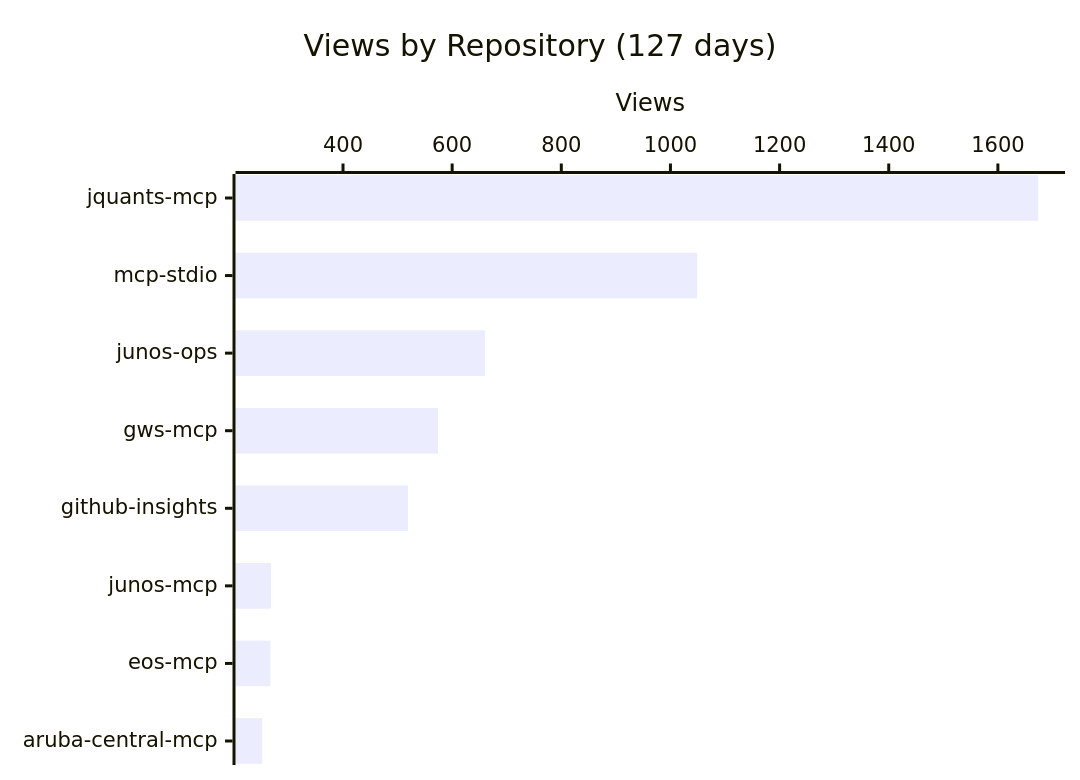
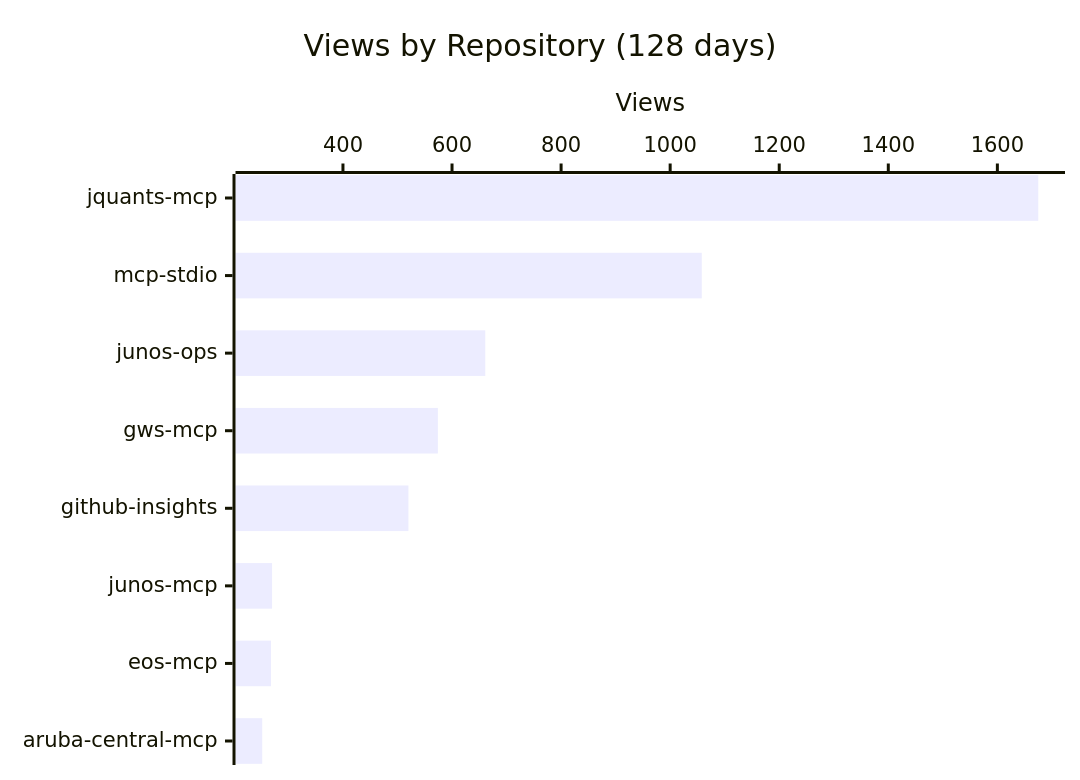
The first of 4 diagrams in README.md (shigechika/github-insights), drawn with Mermaid before and after one commit. The commit also changed other lines of this file and 2 other files, not shown here.

````diff
--- a/README.md
+++ b/README.md
@@ -18,7 +18,7 @@
 ```mermaid
 xychart-beta horizontal
-    title "Views by Repository (127 days)"
+    title "Views by Repository (128 days)"
     x-axis ["jquants-mcp", "mcp-stdio", "junos-ops", "gws-mcp", "github-insights", "junos-mcp", "eos-mcp", "aruba-central-mcp"]
     y-axis "Views"
-    bar [1674, 1049, 660, 574, 519, 268, 267, 252]
+    bar [1675, 1058, 661, 574, 520, 270, 268, 252]
 ```
````
